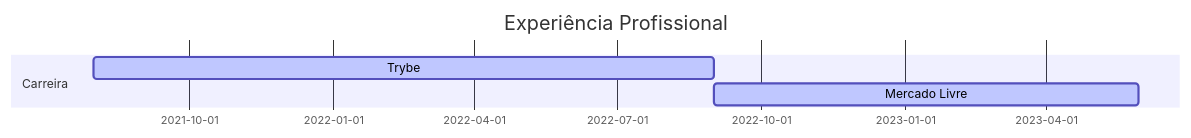
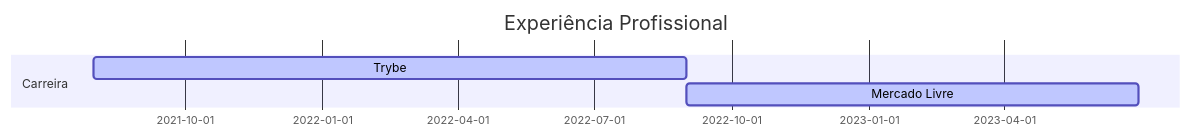
The diagram in README.md (andersonmalves/andersonmalves), drawn with Mermaid before and after one commit.

````diff
--- a/README.md
+++ b/README.md
@@ -22,9 +22,9 @@
 ```mermaid
 gantt
 dateFormat  YYYY-MM-DD
 title Experiência Profissional
 
 section Carreira
 Trybe                 :active,, 2021-08-01,2022-09-01
-Mercado Livre         :active,, 2022-09-01,2023-05-30
+Mercado Livre         :active,, 2022-09-01,2023-06-30
 ```
````
